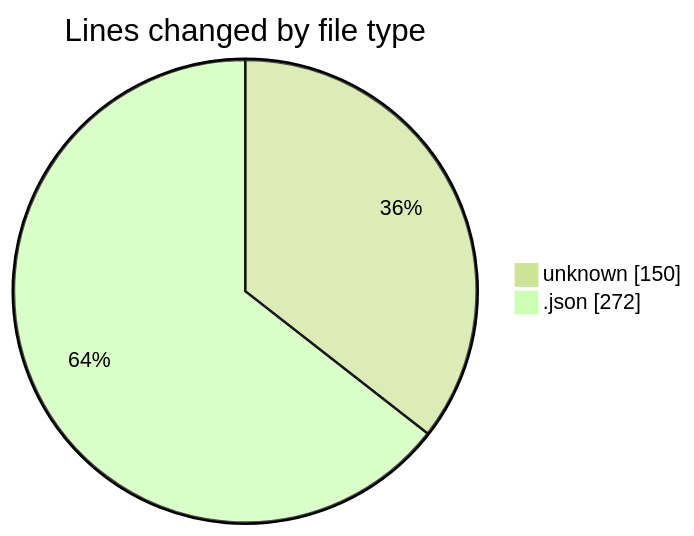
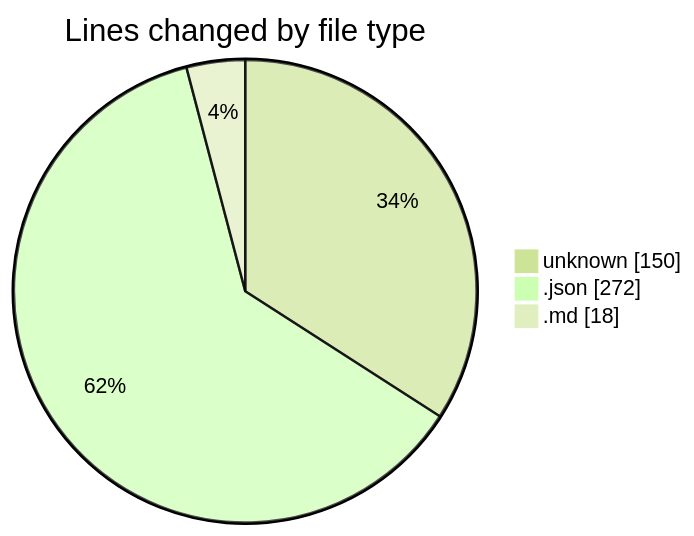
The first of 2 diagrams in 2025-08-07/ribbon/README.md (EIIisD/code-tracking), drawn with Mermaid (forest theme) before and after one commit. The commit also changed other lines of this file and 1 other file, not shown here.

````diff
--- a/2025-08-07/ribbon/README.md
+++ b/2025-08-07/ribbon/README.md
@@ -22,6 +23,7 @@
 ```mermaid
 pie showData
 title Lines changed by file type
 "unknown" : 150
 ".json" : 272
+".md" : 18
 ```
````
